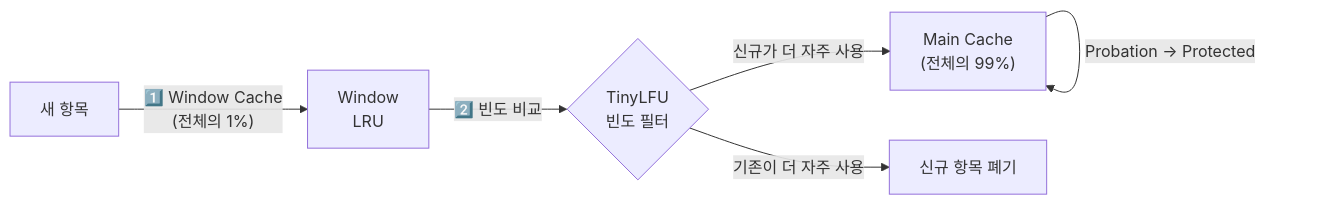
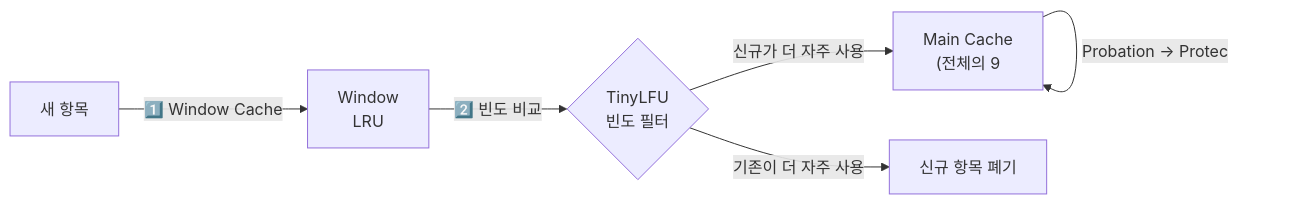
Before and after one commit to yjkim2015/yjkim2015.github.io: the third of 8 diagrams in _posts/caching/2026-05-03-multi-layer-caching.md, drawn with Mermaid. The commit also changed other lines of this file and 271 other files, not shown here.

First line of the commit message:
Mermaid 라벨 축소: 긴 노드 텍스트 18자 이하로 트림 + \n 제거

````diff
--- a/_posts/caching/2026-05-03-multi-layer-caching.md
+++ b/_posts/caching/2026-05-03-multi-layer-caching.md
@@ -79,8 +79,8 @@
 ```mermaid
 graph LR
-    New["새 항목"] -->|"1️⃣ Window Cache\n(전체의 1%)"| WC["Window\nLRU"]
+    New["새 항목"] -->|"1️⃣ Window Cache\n"| WC["Window\nLRU"]
     WC -->|"2️⃣ 빈도 비교"| Filter{"TinyLFU\n빈도 필터"}
-    Filter -->|"신규가 더 자주 사용"| Main["Main Cache\n(전체의 99%)"]
+    Filter -->|"신규가 더 자주 사용"| Main["Main Cache\n(전체의 9"]
     Filter -->|"기존이 더 자주 사용"| Evict["신규 항목 폐기"]
-    Main -->|"Probation → Protected"| Main
+    Main -->|"Probation → Protec"| Main
 ```
````
